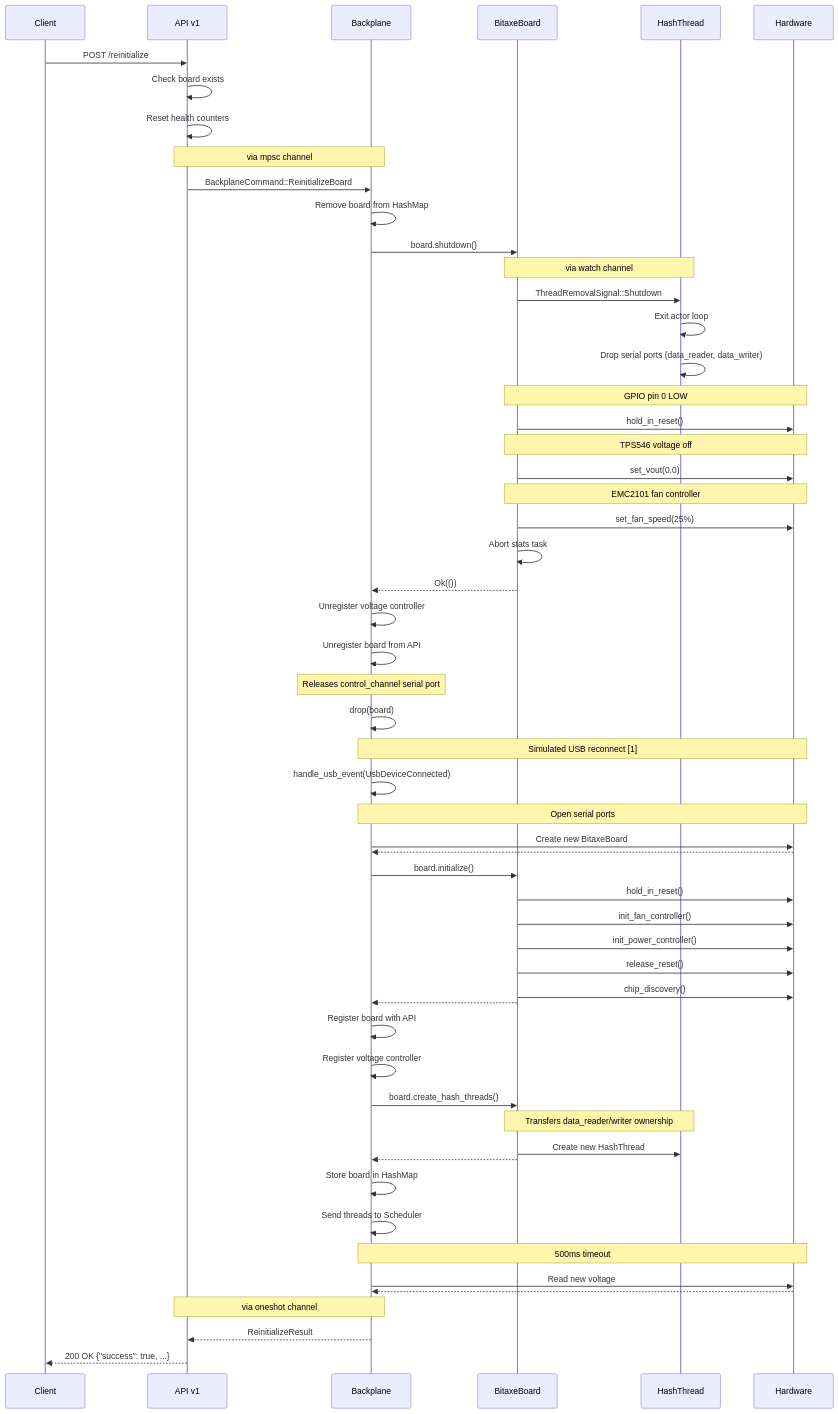
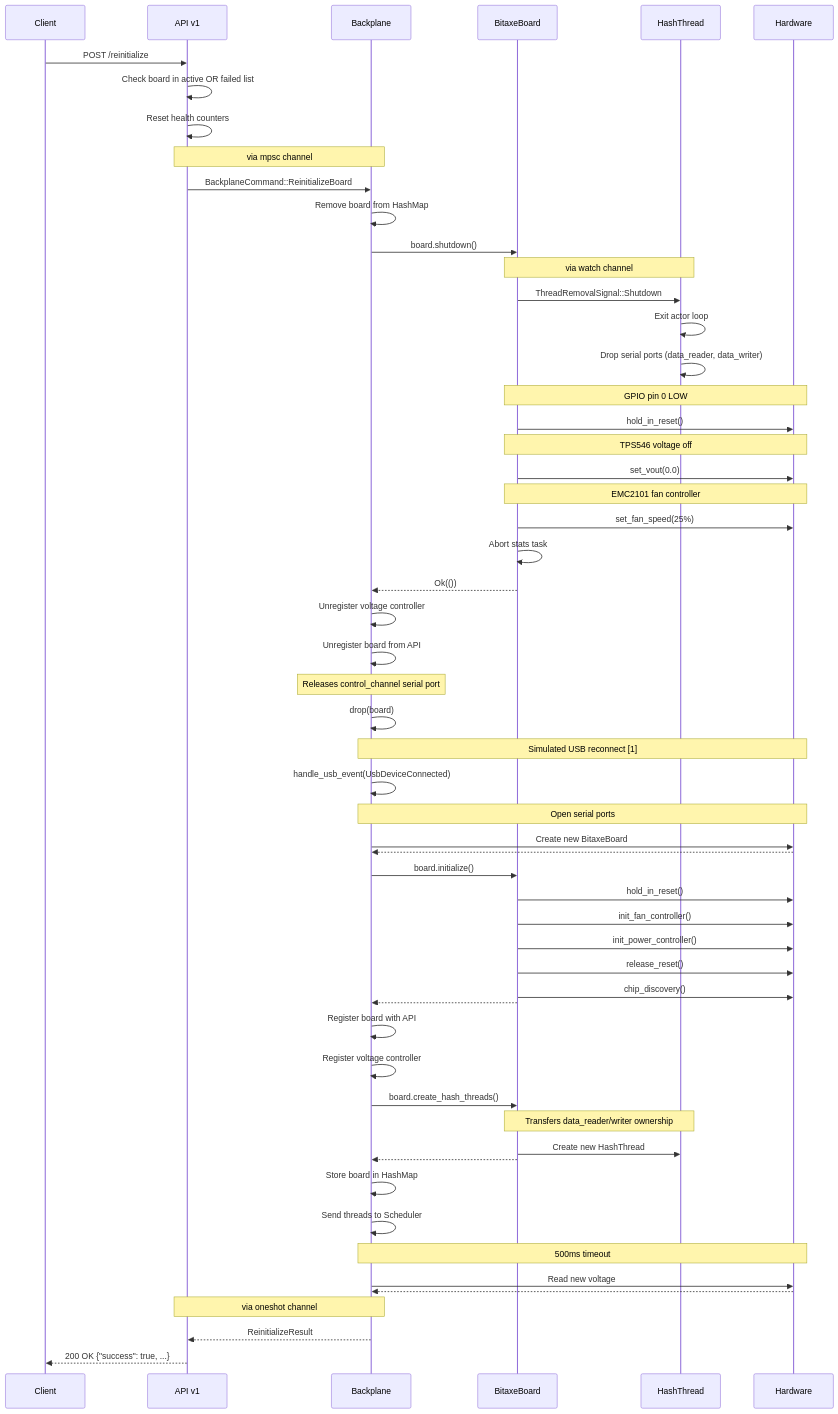
The first of 2 diagrams in mujina-miner/src/board/bitaxe_gamma.md (jbride/mujina), drawn with Mermaid before and after one commit. The commit also changed other lines of this file and 4 other files, not shown here.

Commit message:
REST_API:  graceful handling of board reinitialize failures

````diff
--- a/mujina-miner/src/board/bitaxe_gamma.md
+++ b/mujina-miner/src/board/bitaxe_gamma.md
@@ -239,77 +213,77 @@
 ```mermaid
 sequenceDiagram
     participant Client
     participant API as API v1
     participant BP as Backplane
     participant Board as BitaxeBoard
     participant HT as HashThread
     participant HW as Hardware
 
     Client->>API: POST /reinitialize
-    API->>API: Check board exists
+    API->>API: Check board in active OR failed list
     API->>API: Reset health counters
 
     Note over API,BP: via mpsc channel
     API->>BP: BackplaneCommand::ReinitializeBoard
 
     BP->>BP: Remove board from HashMap
     BP->>Board: board.shutdown()
 
     Note over Board,HT: via watch channel
     Board->>HT: ThreadRemovalSignal::Shutdown
     HT->>HT: Exit actor loop
     HT->>HT: Drop serial ports (data_reader, data_writer)
 
     Note over Board,HW: GPIO pin 0 LOW
     Board->>HW: hold_in_reset()
 
     Note over Board,HW: TPS546 voltage off
     Board->>HW: set_vout(0.0)
 
     Note over Board,HW: EMC2101 fan controller
     Board->>HW: set_fan_speed(25%)
 
     Board->>Board: Abort stats task
     Board-->>BP: Ok(())
 
     BP->>BP: Unregister voltage controller
     BP->>BP: Unregister board from API
 
     Note over BP: Releases control_channel serial port
     BP->>BP: drop(board)
 
     Note over BP,HW: Simulated USB reconnect [1]
     BP->>BP: handle_usb_event(UsbDeviceConnected)
 
     Note over BP,HW: Open serial ports
     BP->>HW: Create new BitaxeBoard
     HW-->>BP:
 
     BP->>Board: board.initialize()
     Board->>HW: hold_in_reset()
     Board->>HW: init_fan_controller()
     Board->>HW: init_power_controller()
     Board->>HW: release_reset()
     Board->>HW: chip_discovery()
     Board-->>BP:
 
     BP->>BP: Register board with API
     BP->>BP: Register voltage controller
 
     BP->>Board: board.create_hash_threads()
     Note over Board,HT: Transfers data_reader/writer ownership
     Board->>HT: Create new HashThread
     Board-->>BP:
 
     BP->>BP: Store board in HashMap
     BP->>BP: Send threads to Scheduler
 
     Note over BP,HW: 500ms timeout
     BP->>HW: Read new voltage
     HW-->>BP:
 
     Note over API,BP: via oneshot channel
     BP-->>API: ReinitializeResult
 
     API-->>Client: 200 OK {"success": true, ...}
 ```
````
